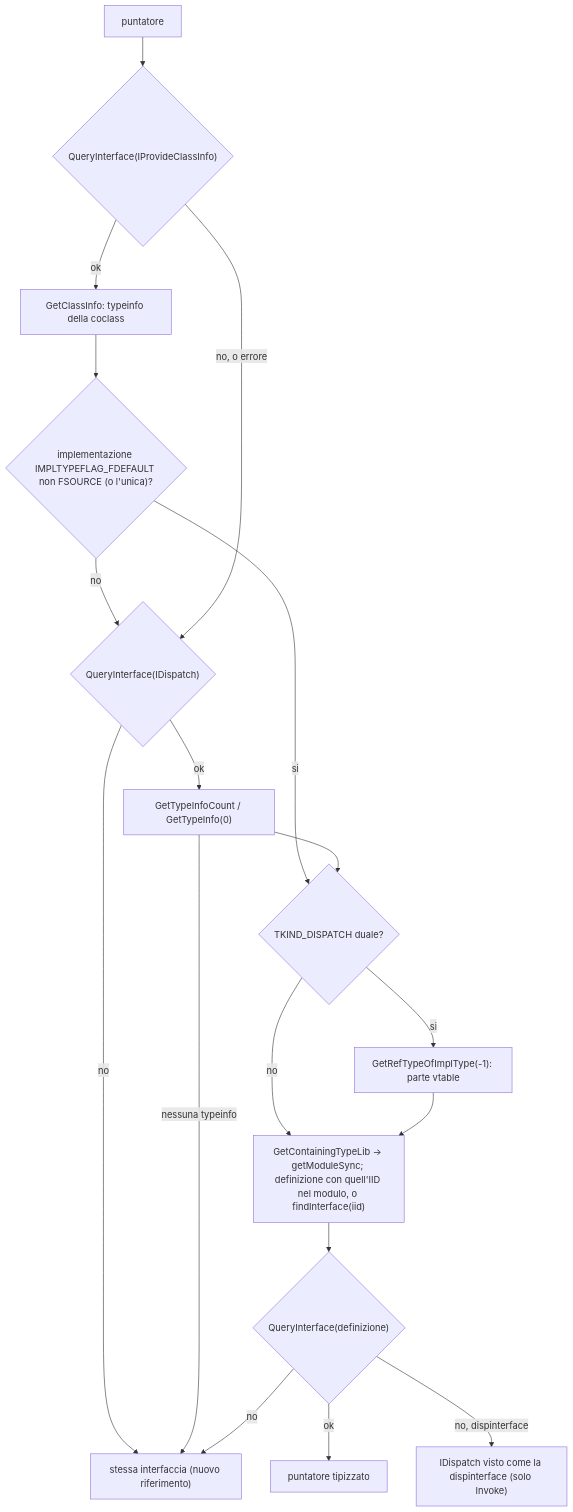
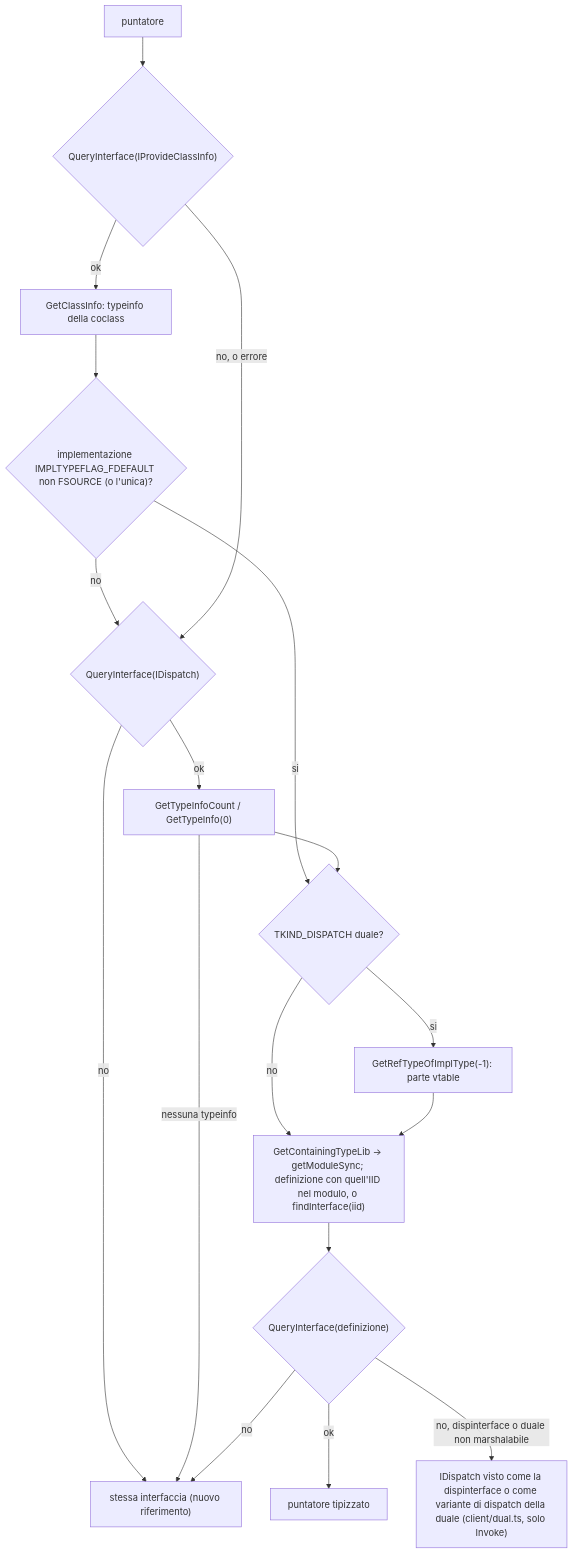
Before and after one commit to dmazzella/node-comtypes: the seventh of 16 diagrams in FLOWS.md, drawn with Mermaid. The commit also changed other lines of this file, not shown here.

Commit message:
docs: align FLOWS.md with the asynchronous API

````diff
--- a/FLOWS.md
+++ b/FLOWS.md
@@ -279,20 +288,20 @@
 ```mermaid
 flowchart TD
     P["puntatore"] --> PCI{"QueryInterface(IProvideClassInfo)"}
     PCI -->|"ok"| CI["GetClassInfo: typeinfo della coclass"]
     CI --> DEF{"implementazione IMPLTYPEFLAG_FDEFAULT non FSOURCE (o l'unica)?"}
     DEF -->|"no"| DISP
     PCI -->|"no, o errore"| DISP{"QueryInterface(IDispatch)"}
     DISP -->|"ok"| GTI["GetTypeInfoCount / GetTypeInfo(0)"]
     DISP -->|"no"| SAME["stessa interfaccia (nuovo riferimento)"]
     GTI -->|"nessuna typeinfo"| SAME
     DEF -->|"si"| DUAL{"TKIND_DISPATCH duale?"}
     GTI --> DUAL
     DUAL -->|"si"| VT["GetRefTypeOfImplType(-1): parte vtable"]
     DUAL -->|"no"| LIB
     VT --> LIB["GetContainingTypeLib -> getModuleSync; definizione con quell'IID nel modulo, o findInterface(iid)"]
     LIB --> QI{"QueryInterface(definizione)"}
     QI -->|"ok"| TYPED["puntatore tipizzato"]
-    QI -->|"no, dispinterface"| VIEW["IDispatch visto come la dispinterface (solo Invoke)"]
+    QI -->|"no, dispinterface o duale non marshalabile"| VIEW["IDispatch visto come la dispinterface o come variante di dispatch della duale (client/dual.ts, solo Invoke)"]
     QI -->|"no"| SAME
 ```
````
